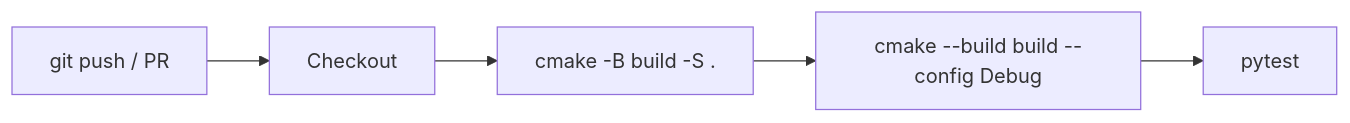
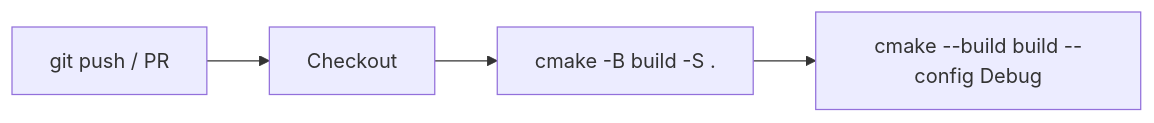
Before and after one commit to jesspig/GodotMCP-GDExtension: the first of 2 diagrams in .repo_wiki/reference/ci-cd.md, drawn with Mermaid. The commit also changed other lines of this file and 24 other files, not shown here.

````diff
--- a/.repo_wiki/reference/ci-cd.md
+++ b/.repo_wiki/reference/ci-cd.md
@@ -7,7 +7,6 @@
 ```mermaid
 flowchart LR
     A[git push / PR] --> B[Checkout]
     B --> C[cmake -B build -S .]
     C --> D[cmake --build build --config Debug]
-    D --> E[pytest]
 ```
````
